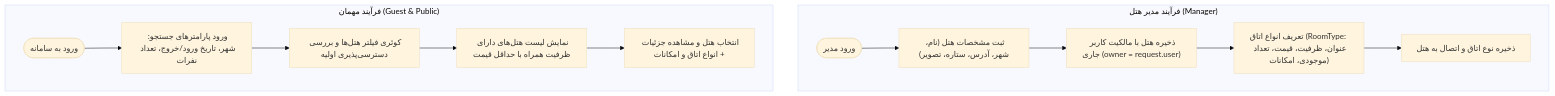
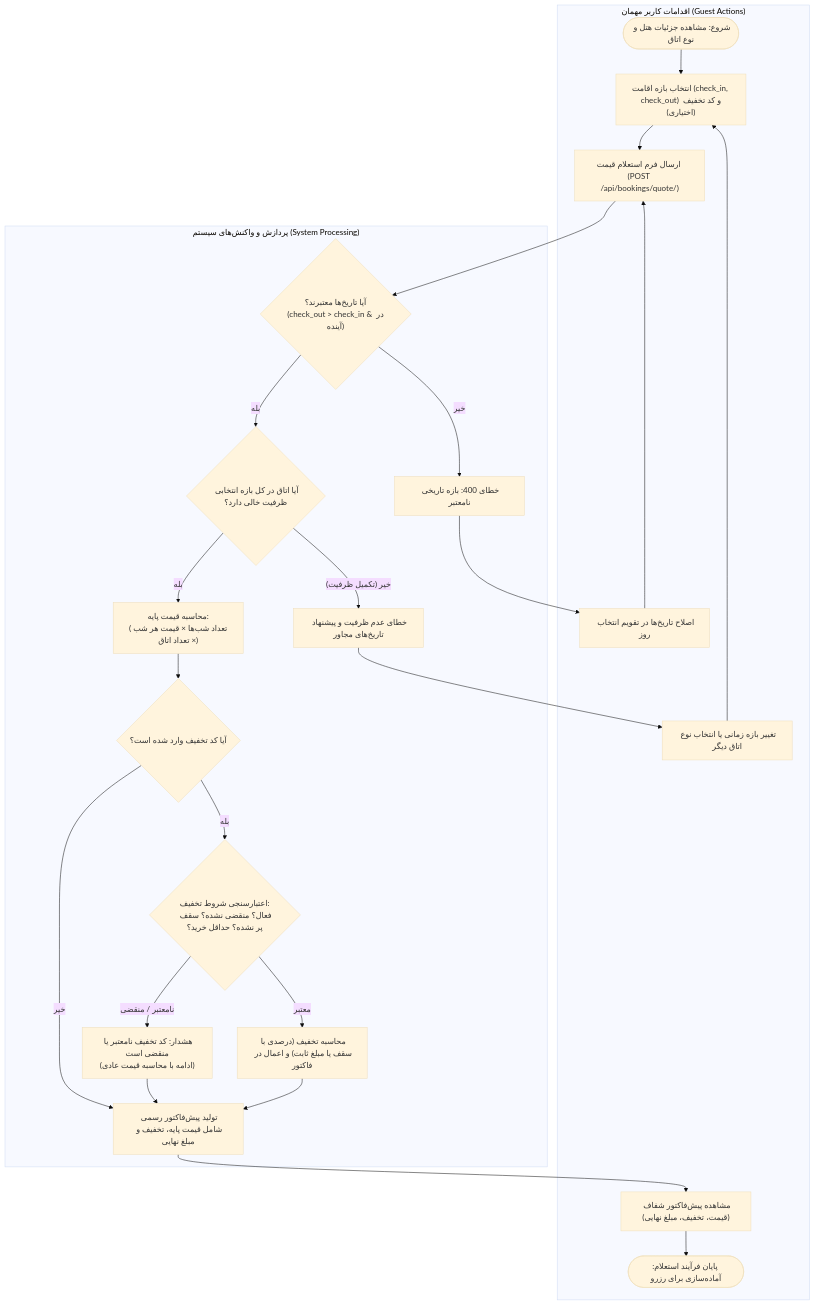
The first of 7 diagrams in docs/PROCESS_DIAGRAMS.md (Amirmohammad-sl/hotel-reserve), drawn with Mermaid (base theme) before and after one commit. The commit also changed other lines of this file and 14 other files, not shown here.

First line of the commit message:
[P1-02] Align process diagrams with professor rubric (#17)

````diff
--- a/docs/PROCESS_DIAGRAMS.md
+++ b/docs/PROCESS_DIAGRAMS.md
@@ -106,16 +53,53 @@
 ```mermaid
 flowchart TD
-    subgraph ManagerFlow["فرآیند مدیر هتل (Manager)"]
-        M_Start([ورود مدیر]) --> M_HotelForm["ثبت مشخصات هتل (نام، شهر، آدرس، ستاره، تصویر)"]
-        M_HotelForm --> M_SaveHotel["ذخیره هتل با مالکیت کاربر جاری (owner = request.user)"]
-        M_SaveHotel --> M_RoomForm["تعریف انواع اتاق (RoomType: عنوان، ظرفیت، قیمت، تعداد موجودی، امکانات)"]
-        M_RoomForm --> M_SaveRoom["ذخیره نوع اتاق و اتصال به هتل"]
+    subgraph Guest["اقدامات کاربر مهمان (Guest Actions)"]
+        G_Start([شروع: مشاهده جزئیات هتل و نوع اتاق])
+        G_Input["انتخاب بازه اقامت (check_in, check_out) و کد تخفیف (اختیاری)"]
+        G_Submit["ارسال فرم استعلام قیمت (POST /api/bookings/quote/)"]
+        G_FixDates["اصلاح تاریخ‌ها در تقویم انتخاب روز"]
+        G_ChangeDates["تغییر بازه زمانی یا انتخاب نوع اتاق دیگر"]
+        G_Review["مشاهده پیش‌فاکتور شفاف (قیمت، تخفیف، مبلغ نهایی)"]
+        G_End([پایان فرآیند استعلام: آماده‌سازی برای رزرو])
     end
 
-    subgraph GuestFlow["فرآیند مهمان (Guest & Public)"]
-        G_Start([ورود به سامانه]) --> G_Search["ورود پارامترهای جستجو: شهر، تاریخ ورود/خروج، تعداد نفرات"]
-        G_Search --> G_Filter["کوئری فیلتر هتل‌ها و بررسی دسترسی‌پذیری اولیه"]
-        G_Filter --> G_List["نمایش لیست هتل‌های دارای ظرفیت همراه با حداقل قیمت"]
-        G_List --> G_Detail["انتخاب هتل و مشاهده جزئیات + انواع اتاق و امکانات"]
+    subgraph System["پردازش و واکنش‌های سیستم (System Processing)"]
+        S_ValDates{"آیا تاریخ‌ها معتبرند؟\n(check_out > check_in & در آینده)"}
+        S_ErrDates["خطای 400: بازه تاریخی نامعتبر"]
+        S_CheckAvail{"آیا اتاق در کل بازه انتخابی ظرفیت خالی دارد؟"}
+        S_ErrAvail["خطای عدم ظرفیت و پیشنهاد تاریخ‌های مجاور"]
+        S_CalcBase["محاسبه قیمت پایه:\n(تعداد شب‌ها × قیمت هر شب × تعداد اتاق)"]
+        S_HasCode{"آیا کد تخفیف وارد شده است؟"}
+        S_ValCode{"اعتبارسنجی شروط تخفیف:\nفعال؟ منقضی نشده؟ سقف پر نشده؟ حداقل خرید؟"}
+        S_WarnCode["هشدار: کد تخفیف نامعتبر یا منقضی است\n(ادامه با محاسبه قیمت عادی)"]
+        S_ApplyCode["محاسبه تخفیف (درصدی با سقف یا مبلغ ثابت) و اعمال در فاکتور"]
+        S_RenderQuote["تولید پیش‌فاکتور رسمی شامل قیمت پایه، تخفیف و مبلغ نهایی"]
     end
+
+    G_Start --> G_Input
+    G_Input --> G_Submit
+    G_Submit --> S_ValDates
+
+    S_ValDates -- "خیر" --> S_ErrDates
+    S_ErrDates --> G_FixDates
+    G_FixDates --> G_Submit
+
+    S_ValDates -- "بله" --> S_CheckAvail
+    S_CheckAvail -- "خیر (تکمیل ظرفیت)" --> S_ErrAvail
+    S_ErrAvail --> G_ChangeDates
+    G_ChangeDates --> G_Input
+
+    S_CheckAvail -- "بله" --> S_CalcBase
+    S_CalcBase --> S_HasCode
+
+    S_HasCode -- "خیر" --> S_RenderQuote
+    S_HasCode -- "بله" --> S_ValCode
+
+    S_ValCode -- "نامعتبر / منقضی" --> S_WarnCode
+    S_WarnCode --> S_RenderQuote
+
+    S_ValCode -- "معتبر" --> S_ApplyCode
+    S_ApplyCode --> S_RenderQuote
+
+    S_RenderQuote --> G_Review
+    G_Review --> G_End
 ```
````
